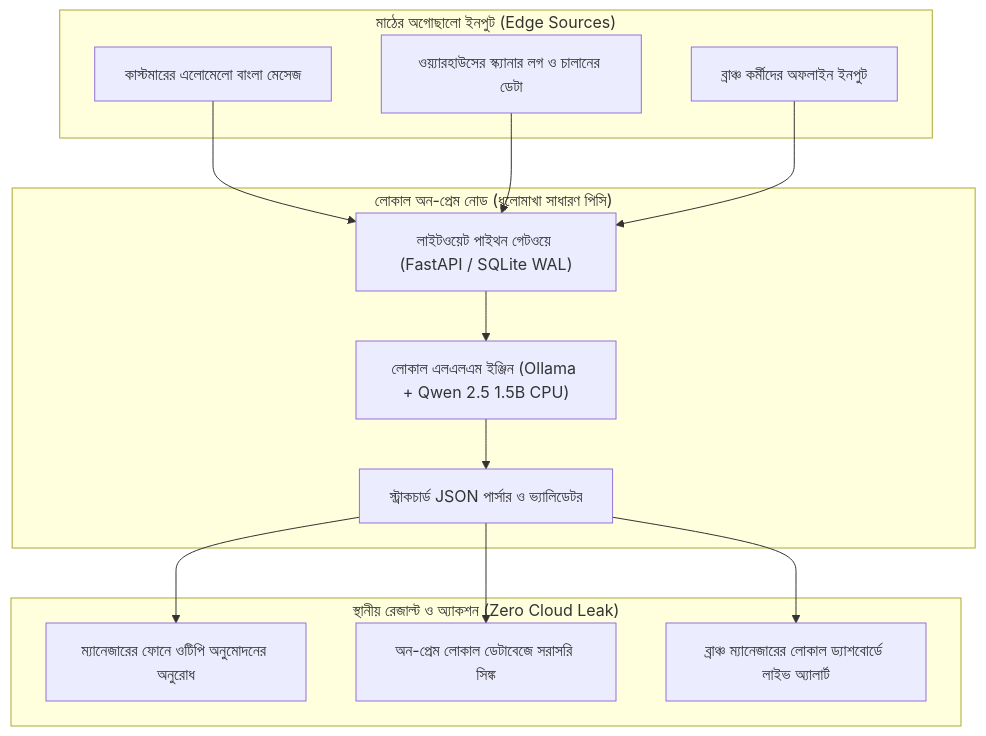
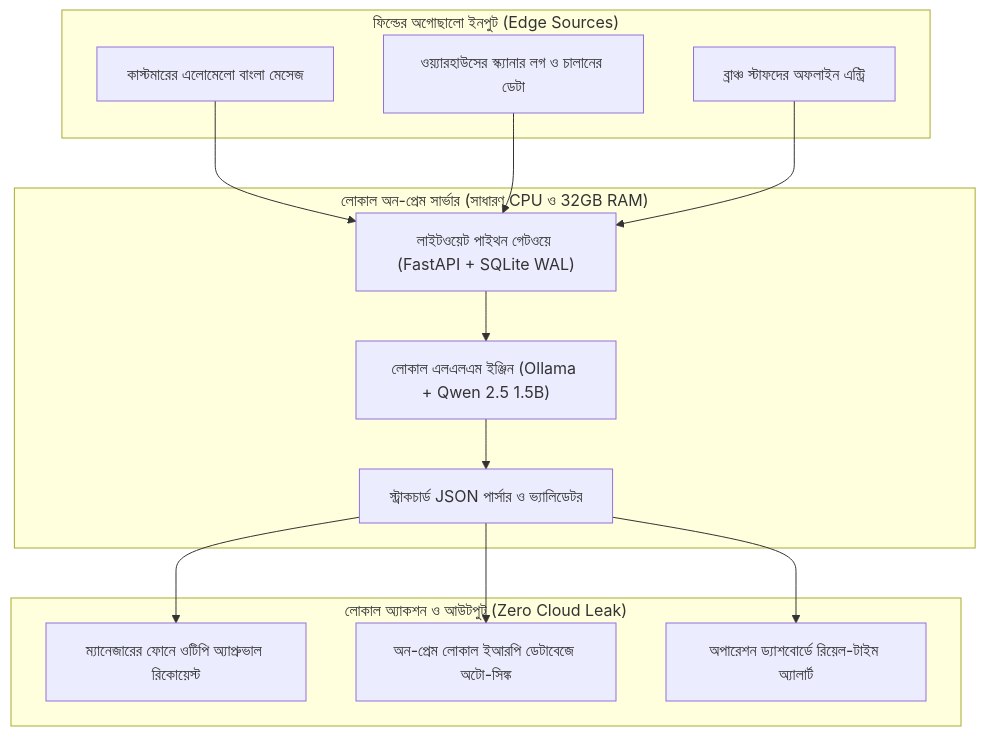
The diagram in docs/chapter-2/index.md (aiwithr/fde_book), drawn with Mermaid before and after one commit. The commit also changed other lines of this file and 9 other files, not shown here.

````diff
--- a/docs/chapter-2/index.md
+++ b/docs/chapter-2/index.md
@@ -79,30 +66,30 @@
 ```mermaid
 flowchart TD
-    subgraph EdgeInput["মাঠের অগোছালো ইনপুট (Edge Sources)"]
+    subgraph EdgeInput["ফিল্ডের অগোছালো ইনপুট (Edge Sources)"]
         A1["কাস্টমারের এলোমেলো বাংলা মেসেজ"]
         A2["ওয়্যারহাউসের স্ক্যানার লগ ও চালানের ডেটা"]
-        A3["ব্রাঞ্চ কর্মীদের অফলাইন ইনপুট"]
+        A3["ব্রাঞ্চ স্টাফদের অফলাইন এন্ট্রি"]
     end
 
-    subgraph LocalEngine["লোকাল অন-প্রেম নোড (ধুলোমাখা সাধারণ পিসি)"]
-        B1["লাইটওয়েট পাইথন গেটওয়ে (FastAPI / SQLite WAL)"]
-        B2["লোকাল এলএলএম ইঞ্জিন (Ollama + Qwen 2.5 1.5B CPU)"]
+    subgraph LocalEngine["লোকাল অন-প্রেম সার্ভার (সাধারণ CPU ও 32GB RAM)"]
+        B1["লাইটওয়েট পাইথন গেটওয়ে (FastAPI + SQLite WAL)"]
+        B2["লোকাল এলএলএম ইঞ্জিন (Ollama + Qwen 2.5 1.5B)"]
         B3["স্ট্রাকচার্ড JSON পার্সার ও ভ্যালিডেটর"]
 
         A1 --> B1
         A2 --> B1
         A3 --> B1
         B1 --> B2
         B2 --> B3
     end
 
-    subgraph ActionLayer["স্থানীয় রেজাল্ট ও অ্যাকশন (Zero Cloud Leak)"]
-        C1["ম্যানেজারের ফোনে ওটিপি অনুমোদনের অনুরোধ"]
-        C2["অন-প্রেম লোকাল ডেটাবেজে সরাসরি সিঙ্ক"]
-        C3["ব্রাঞ্চ ম্যানেজারের লোকাল ড্যাশবোর্ডে লাইভ অ্যালার্ট"]
+    subgraph ActionLayer["লোকাল অ্যাকশন ও আউটপুট (Zero Cloud Leak)"]
+        C1["ম্যানেজারের ফোনে ওটিপি অ্যাপ্রুভাল রিকোয়েস্ট"]
+        C2["অন-প্রেম লোকাল ইআরপি ডেটাবেজে অটো-সিঙ্ক"]
+        C3["অপারেশন ড্যাশবোর্ডে রিয়েল-টাইম অ্যালার্ট"]
 
         B3 --> C1
         B3 --> C2
         B3 --> C3
     end
 ```
````
